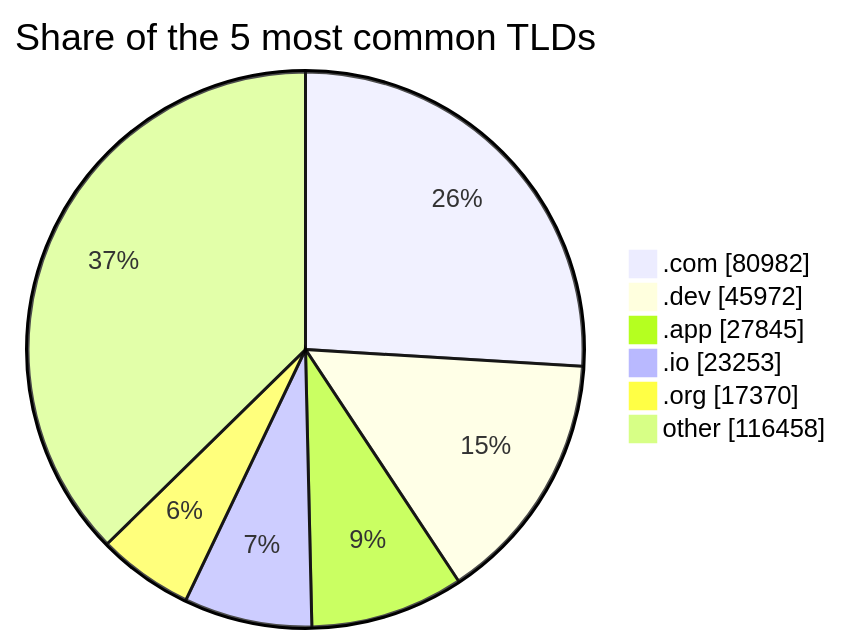
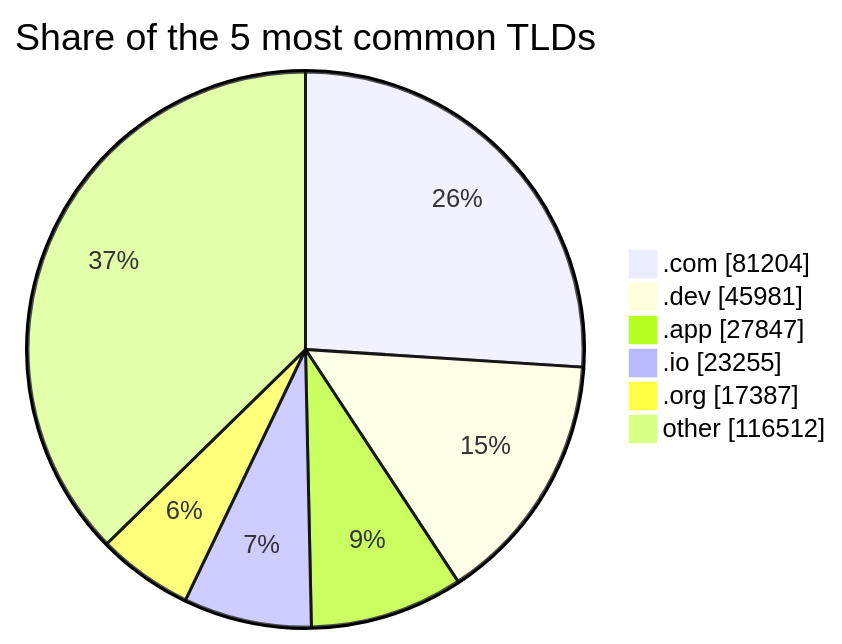
One commit to DNSBunker/CTI changed the third of 3 diagrams in README.md. Above: the diagram before and after it, drawn with Mermaid. The commit also changed other lines of this file and 3 other files, not shown here.

````diff
--- a/README.md
+++ b/README.md
@@ -81,9 +81,9 @@
 ```mermaid
 pie showData title Share of the 5 most common TLDs
-    ".com" : 80982
-    ".dev" : 45972
-    ".app" : 27845
-    ".io" : 23253
-    ".org" : 17370
-    "other" : 116458
+    ".com" : 81204
+    ".dev" : 45981
+    ".app" : 27847
+    ".io" : 23255
+    ".org" : 17387
+    "other" : 116512
 ```
````
